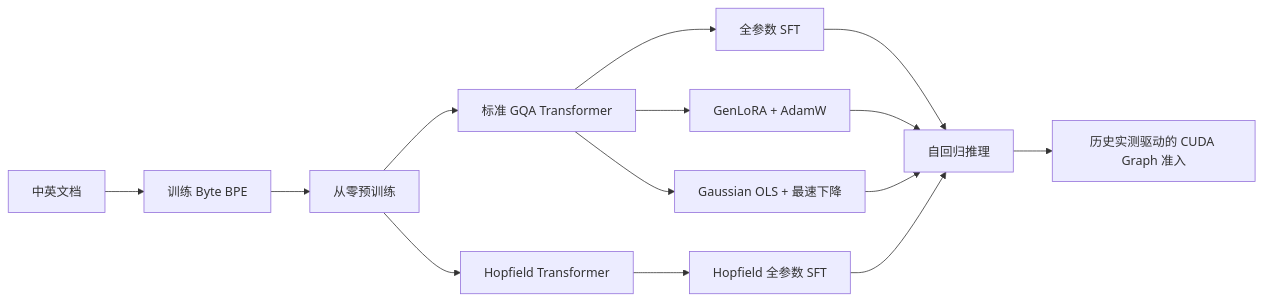
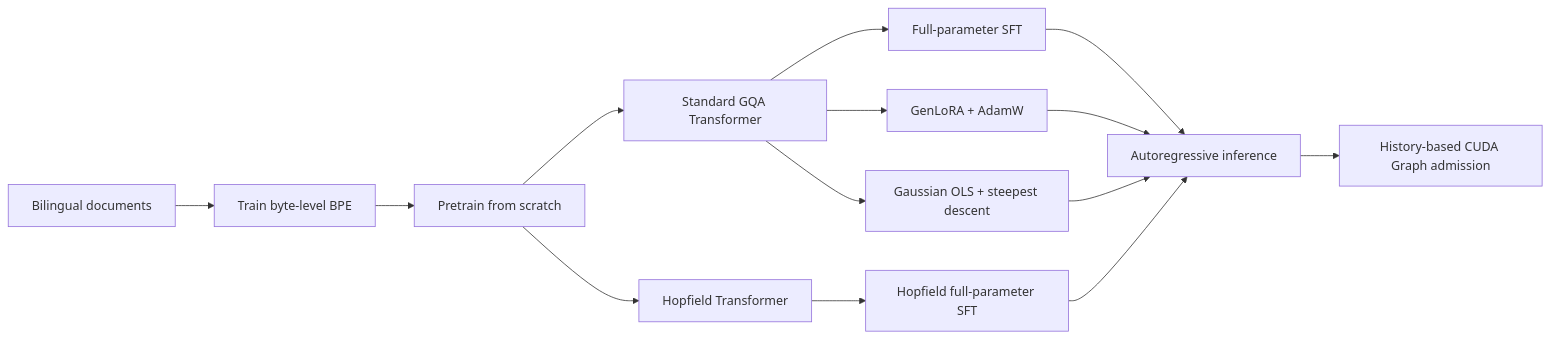
The diagram in README.md (NewtonLebnitz/from-scratch-llm), drawn with Mermaid before and after one commit. The commit also changed other lines of this file, not shown here.

````diff
--- a/README.md
+++ b/README.md
@@ -21,16 +19,16 @@
 ```mermaid
 flowchart LR
-  T[中英文档] --> B[训练 Byte BPE]
-  B --> P[从零预训练]
-  P --> S[标准 GQA Transformer]
+  T[Bilingual documents] --> B[Train byte-level BPE]
+  B --> P[Pretrain from scratch]
+  P --> S[Standard GQA Transformer]
   P --> H[Hopfield Transformer]
-  S --> F[全参数 SFT]
+  S --> F[Full-parameter SFT]
   S --> G[GenLoRA + AdamW]
-  S --> O[Gaussian OLS + 最速下降]
-  H --> HF[Hopfield 全参数 SFT]
-  F --> I[自回归推理]
+  S --> O[Gaussian OLS + steepest descent]
+  H --> HF[Hopfield full-parameter SFT]
+  F --> I[Autoregressive inference]
   G --> I
   O --> I
   HF --> I
-  I --> A[历史实测驱动的 CUDA Graph 准入]
+  I --> A[History-based CUDA Graph admission]
 ```
````
